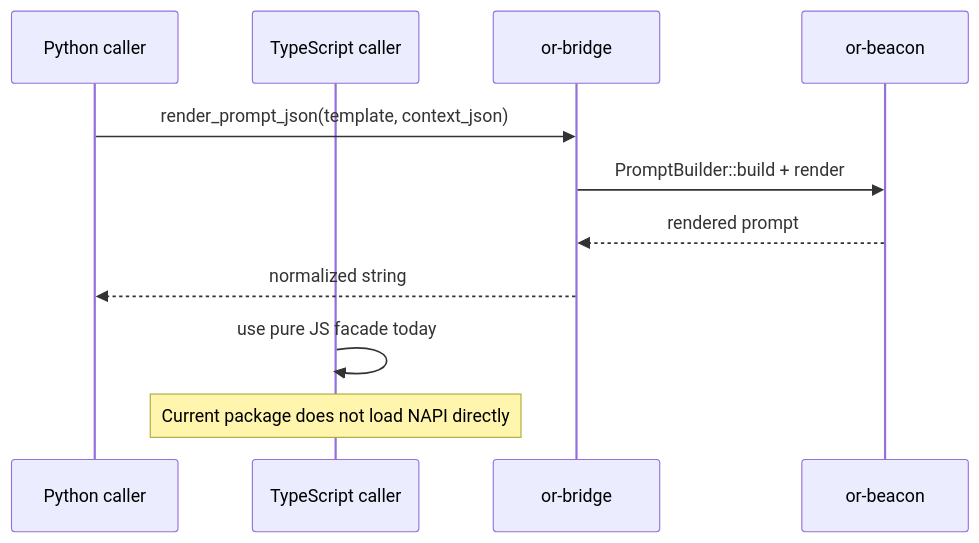
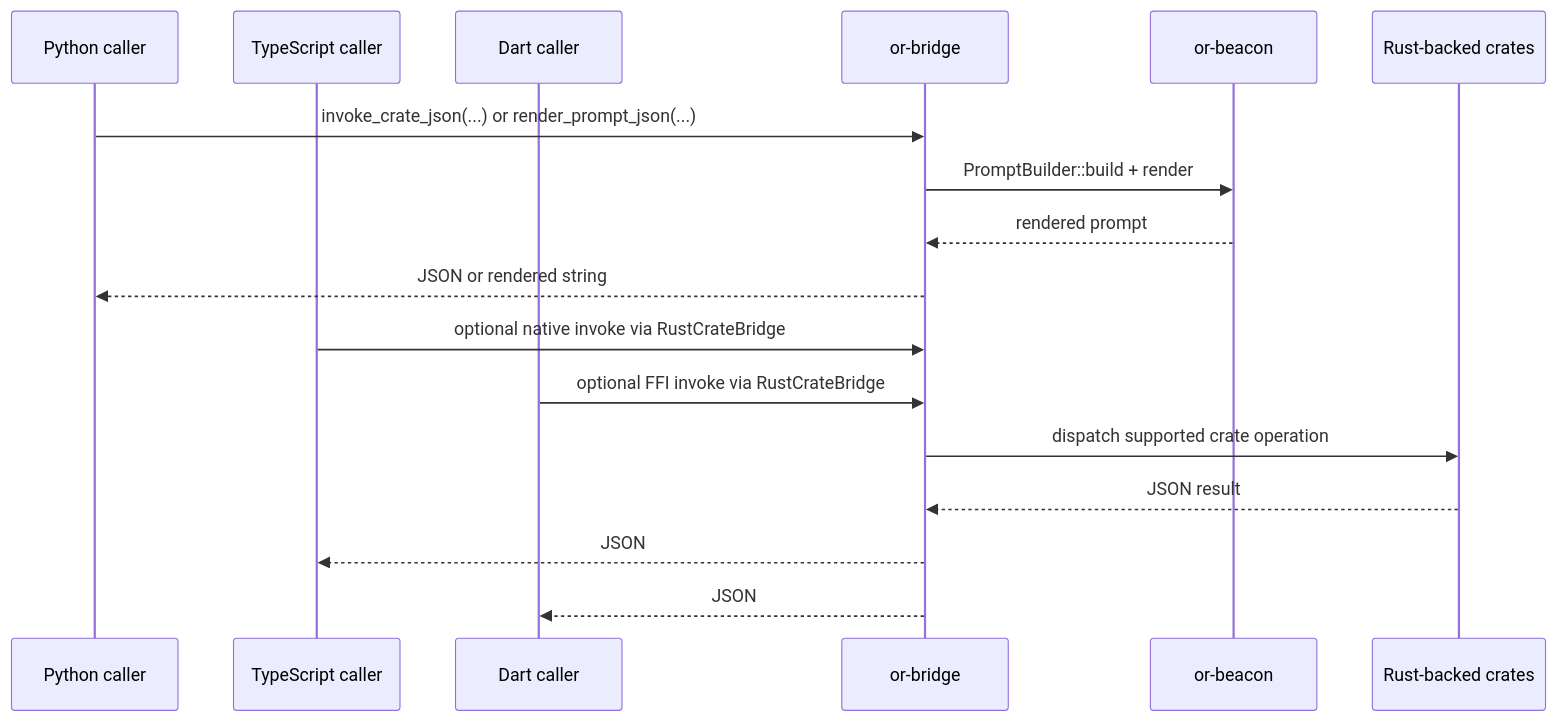
The second of 2 diagrams in docs/architecture/data-flow.md (Regent33/Orchustr), drawn with Mermaid before and after one commit. The commit also changed other lines of this file and 74 other files, not shown here.

````diff
--- a/docs/architecture/data-flow.md
+++ b/docs/architecture/data-flow.md
@@ -28,13 +28,19 @@
 ```mermaid
 sequenceDiagram
   participant Py as Python caller
   participant Ts as TypeScript caller
+  participant Dart as Dart caller
   participant Bridge as or-bridge
   participant Beacon as or-beacon
-  Py->>Bridge: render_prompt_json(template, context_json)
+  participant Tools as Rust-backed crates
+  Py->>Bridge: invoke_crate_json(...) or render_prompt_json(...)
   Bridge->>Beacon: PromptBuilder::build + render
   Beacon-->>Bridge: rendered prompt
-  Bridge-->>Py: normalized string
-  Ts->>Ts: use pure JS facade today
-  Note over Ts: Current package does not load NAPI directly
+  Bridge-->>Py: JSON or rendered string
+  Ts->>Bridge: optional native invoke via RustCrateBridge
+  Dart->>Bridge: optional FFI invoke via RustCrateBridge
+  Bridge->>Tools: dispatch supported crate operation
+  Tools-->>Bridge: JSON result
+  Bridge-->>Ts: JSON
+  Bridge-->>Dart: JSON
 ```
````
